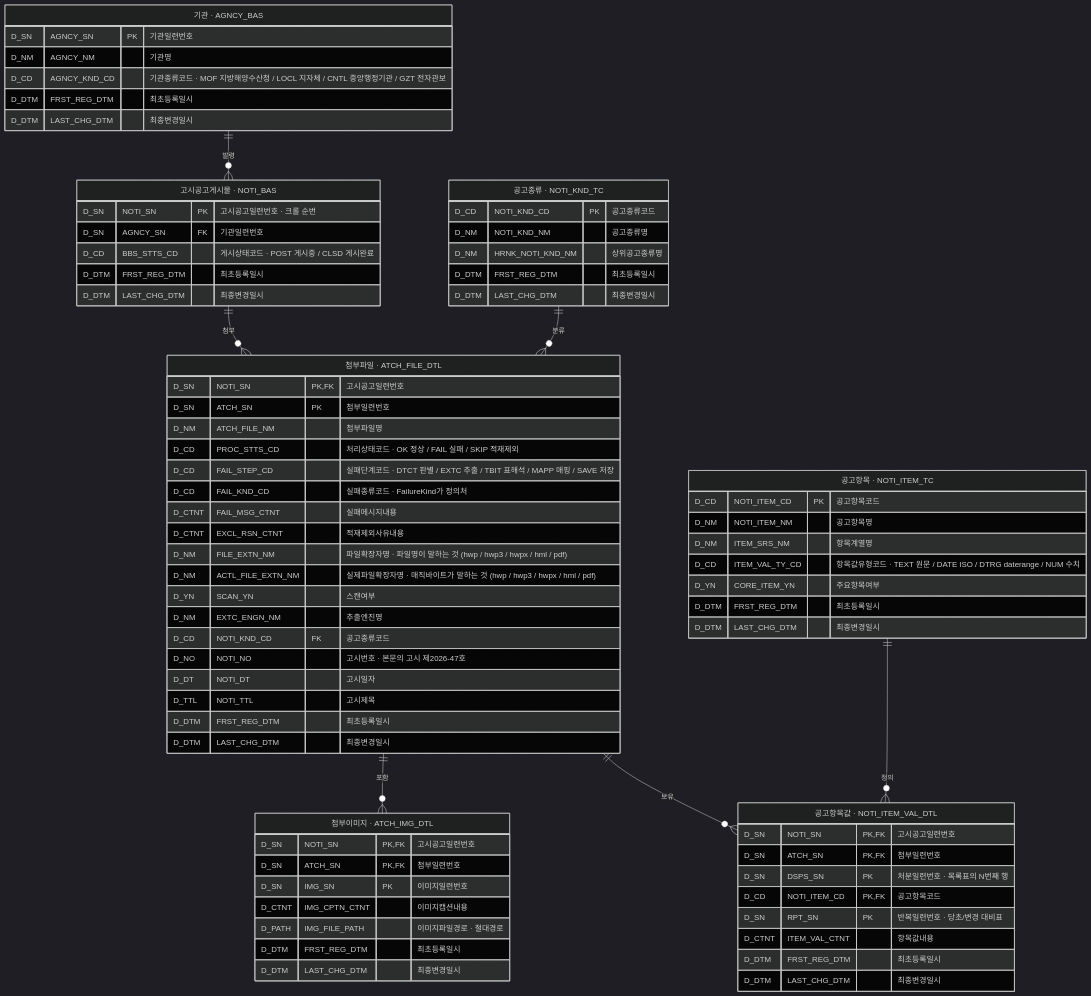
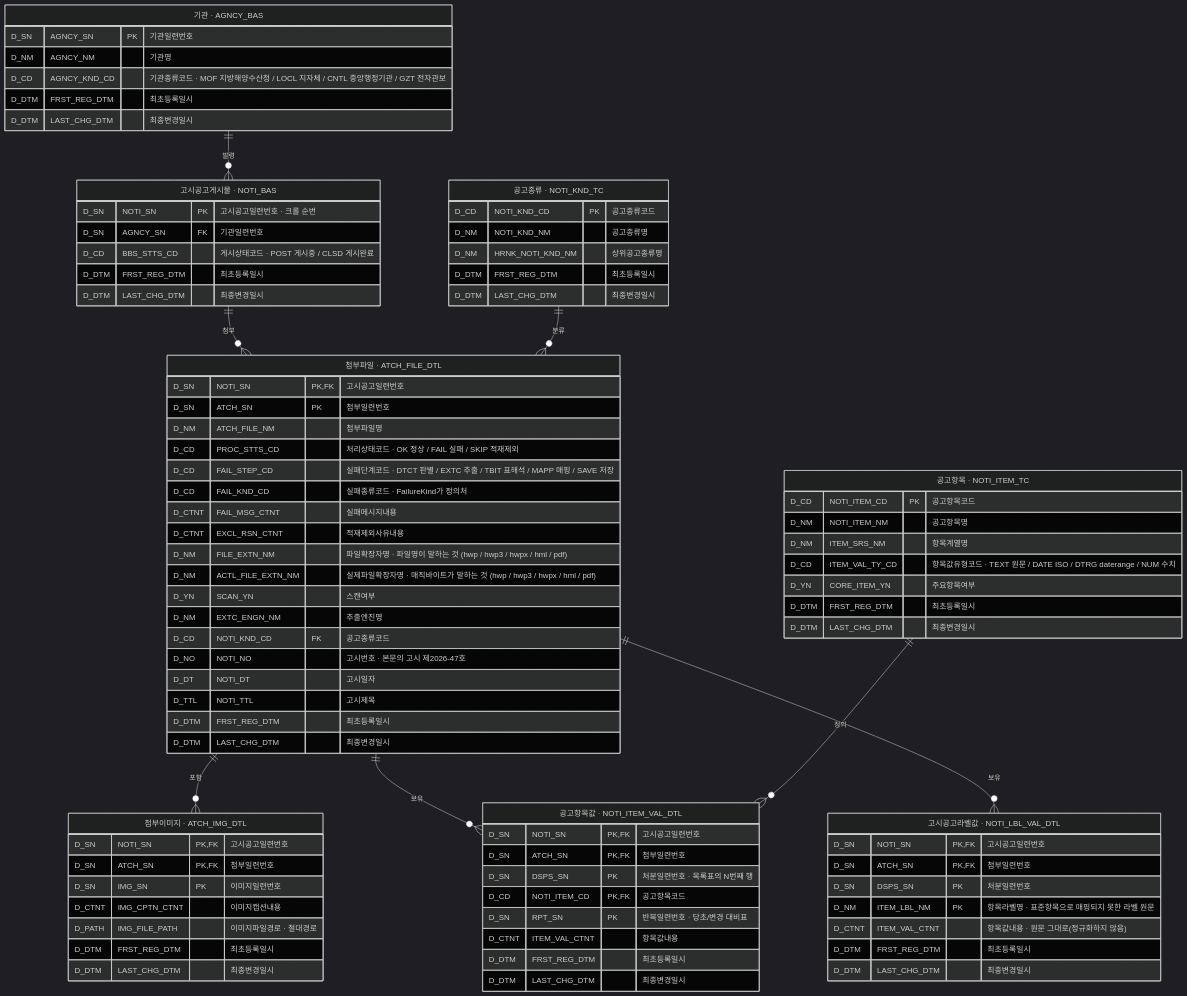
Before and after one commit to Team-All4Land/All4Land_java-pipeline: the diagram in README.md, drawn with Mermaid (dark theme). The commit also changed other lines of this file and 26 other files, not shown here.

First line of the commit message:
표준항목으로 못 옮긴 라벨값을 NOTI_LBL_VAL_DTL로 보존

```diff
--- a/README.md
+++ b/README.md
@@ -290,6 +290,7 @@
     ATCH_FILE_DTL     ||--o{ NOTI_ITEM_VAL_DTL : "보유"
     NOTI_KND_TC       ||--o{ ATCH_FILE_DTL     : "분류"
     NOTI_ITEM_TC      ||--o{ NOTI_ITEM_VAL_DTL : "정의"
+    ATCH_FILE_DTL     ||--o{ NOTI_LBL_VAL_DTL  : "보유"
 
     AGNCY_BAS["기관 · AGNCY_BAS"] {
         D_SN   AGNCY_SN     PK "기관일련번호"
@@ -351,6 +352,15 @@
         D_DTM  FRST_REG_DTM        "최초등록일시"
         D_DTM  LAST_CHG_DTM        "최종변경일시"
     }
+    NOTI_LBL_VAL_DTL["고시공고라벨값 · NOTI_LBL_VAL_DTL"] {
+        D_SN   NOTI_SN       PK,FK "고시공고일련번호"
+        D_SN   ATCH_SN       PK,FK "첨부일련번호"
+        D_SN   DSPS_SN       PK    "처분일련번호"
+        D_NM   ITEM_LBL_NM   PK    "항목라벨명 · 표준항목으로 매핑되지 못한 라벨 원문"
+        D_CTNT ITEM_VAL_CTNT       "항목값내용 · 원문 그대로(정규화하지 않음)"
+        D_DTM  FRST_REG_DTM        "최초등록일시"
+        D_DTM  LAST_CHG_DTM        "최종변경일시"
+    }
     NOTI_ITEM_TC["공고항목 · NOTI_ITEM_TC"] {
         D_CD   NOTI_ITEM_CD    PK "공고항목코드"
         D_NM   NOTI_ITEM_NM       "공고항목명"
```
